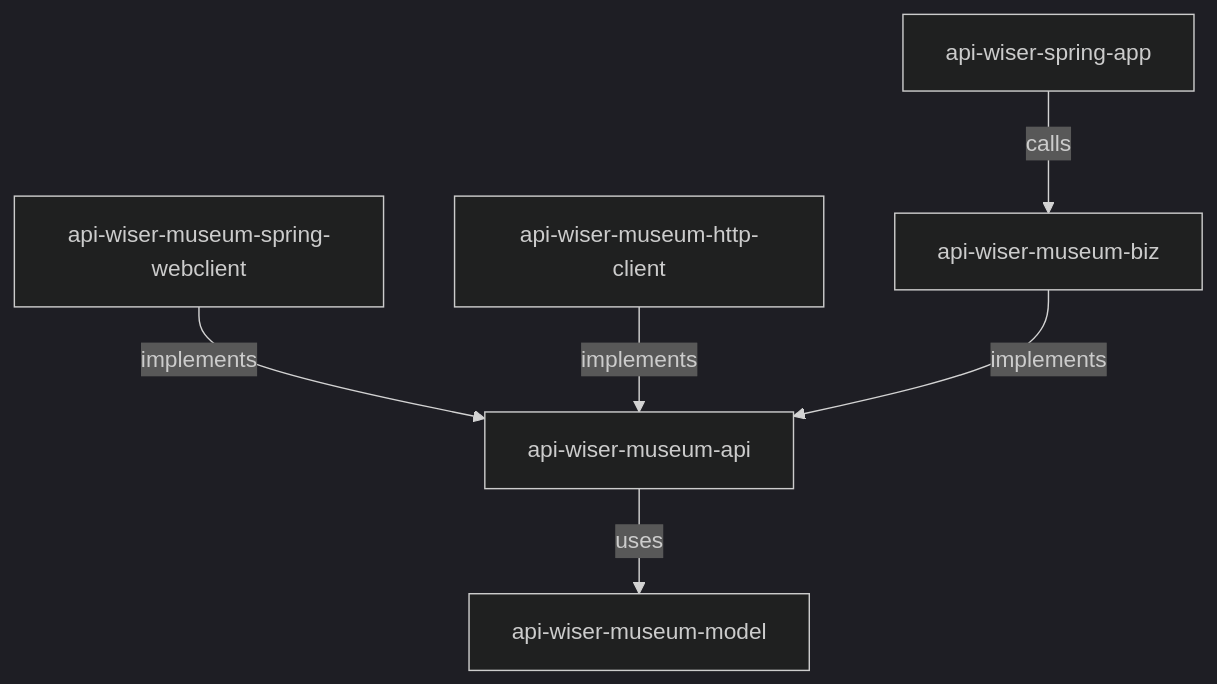
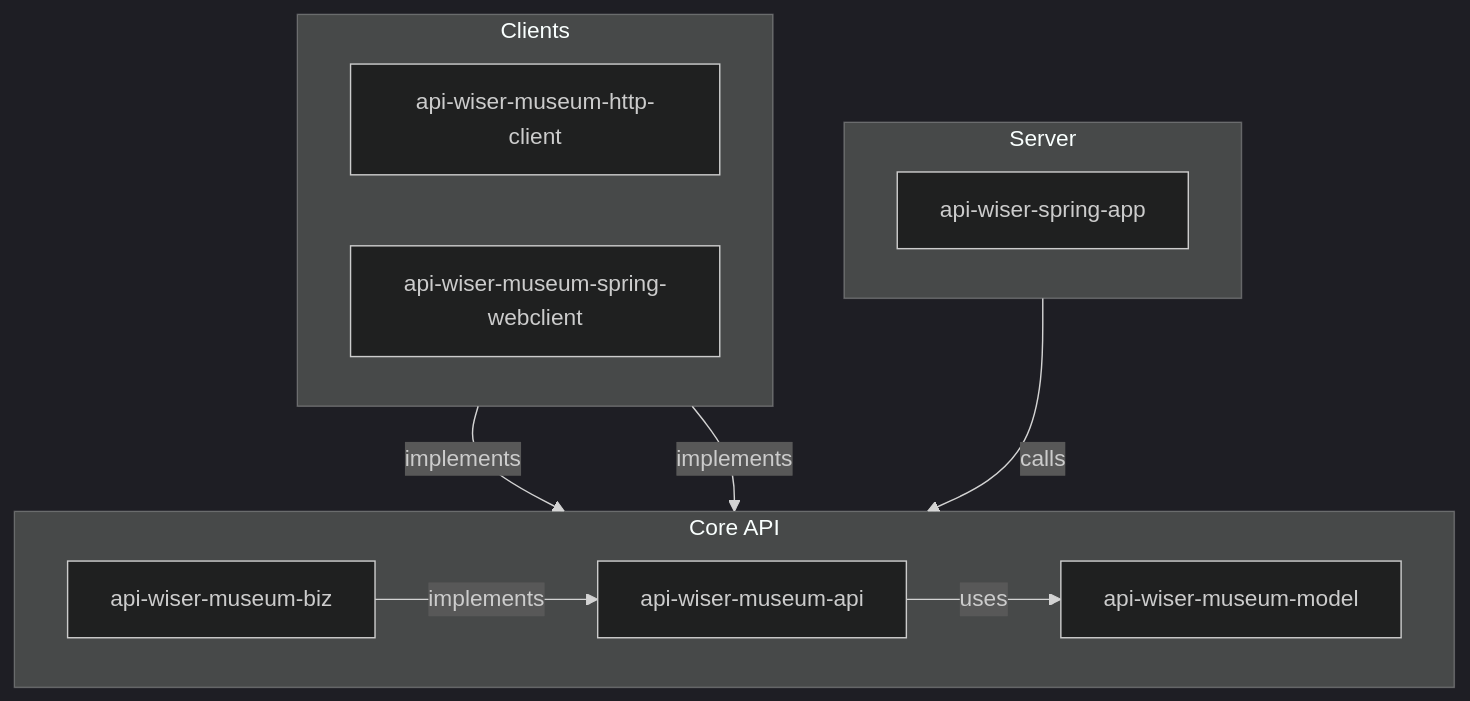
One commit to org-metalib/api-wiser-showcase changed the second of 2 diagrams in api-wiser-museum.md. Above: the diagram before and after it, drawn with Mermaid (dark theme). The commit also changed other lines of this file, not shown here.

Commit message:
updated api-wiser-museum

````diff
--- a/api-wiser-museum.md
+++ b/api-wiser-museum.md
@@ -181,14 +195,24 @@
 ```mermaid
-flowchart TB
-  model[api-wiser-museum-model]
-  api[api-wiser-museum-api]
-  biz[api-wiser-museum-biz]
-  http-client[api-wiser-museum-http-client]
-  spring-webclient[api-wiser-museum-spring-webclient]
+flowchart TD
+  subgraph "Server"
+    direction LR
+    spring-app[api-wiser-spring-app]
+  end
+  subgraph "Clients"
+    direction LR
+    http-client[api-wiser-museum-http-client]
+    spring-webclient[api-wiser-museum-spring-webclient]
+  end
+  subgraph "Core API"
+    direction LR
+    biz[api-wiser-museum-biz]
+    api[api-wiser-museum-api]
+    model[api-wiser-museum-model]
+  end
 
+  spring-app -->| calls | biz
+  biz -->| implements | api
+  http-client -->| implements | api
   spring-webclient -->| implements | api
-  http-client      -->| implements | api
-  biz              -->| implements | api
   api -->| uses | model
-  api-wiser-spring-app -->|calls| biz    
 ```
````
